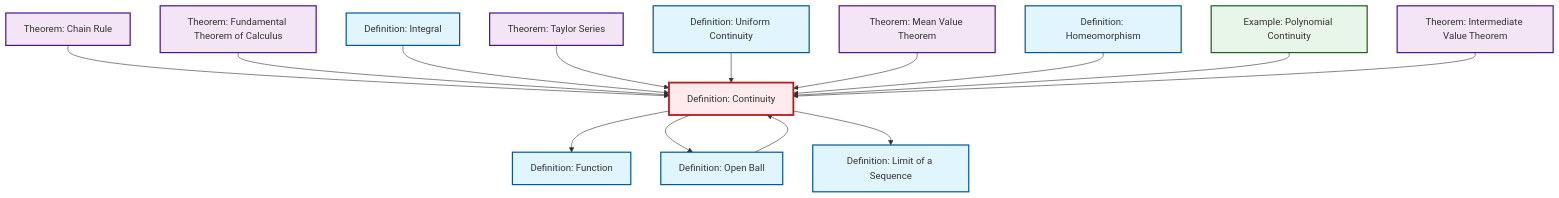
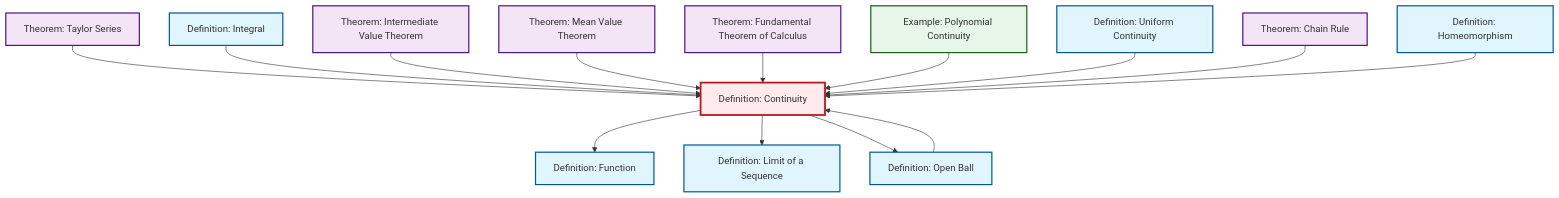
Before and after one commit to RK0429/ModernMath: the diagram in content/en/analysis/def-continuity.qmd, drawn with Mermaid. The commit also changed other lines of this file and 328 other files, not shown here.

````diff
--- a/content/en/analysis/def-continuity.qmd
+++ b/content/en/analysis/def-continuity.qmd
@@ -61,48 +61,48 @@
 ```{mermaid}
 %%| fig-cap: "Local dependency graph"
 graph TD
     classDef definition fill:#e1f5fe,stroke:#01579b,stroke-width:2px
     classDef theorem fill:#f3e5f5,stroke:#4a148c,stroke-width:2px
     classDef axiom fill:#fff3e0,stroke:#e65100,stroke-width:2px
     classDef example fill:#e8f5e9,stroke:#1b5e20,stroke-width:2px
     classDef current fill:#ffebee,stroke:#b71c1c,stroke-width:3px
+    thm-chain-rule["Theorem: Chain Rule"]:::theorem
+    def-open-ball["Definition: Open Ball"]:::definition
+    thm-mean-value["Theorem: Mean Value Theorem"]:::theorem
+    thm-intermediate-value["Theorem: Intermediate Value Theorem"]:::theorem
+    def-homeomorphism["Definition: Homeomorphism"]:::definition
+    def-limit["Definition: Limit of a Sequence"]:::definition
+    def-function["Definition: Function"]:::definition
+    thm-fundamental-calculus["Theorem: Fundamental Theorem of Calculus"]:::theorem
+    def-integral["Definition: Integral"]:::definition
     def-uniform-continuity["Definition: Uniform Continuity"]:::definition
-    def-limit["Definition: Limit of a Sequence"]:::definition
+    thm-taylor-series["Theorem: Taylor Series"]:::theorem
+    def-continuity["Definition: Continuity"]:::definition
     ex-polynomial-continuity["Example: Polynomial Continuity"]:::example
-    thm-mean-value["Theorem: Mean Value Theorem"]:::theorem
-    def-homeomorphism["Definition: Homeomorphism"]:::definition
-    thm-fundamental-calculus["Theorem: Fundamental Theorem of Calculus"]:::theorem
-    def-open-ball["Definition: Open Ball"]:::definition
-    def-function["Definition: Function"]:::definition
-    thm-chain-rule["Theorem: Chain Rule"]:::theorem
-    thm-taylor-series["Theorem: Taylor Series"]:::theorem
-    thm-intermediate-value["Theorem: Intermediate Value Theorem"]:::theorem
-    def-continuity["Definition: Continuity"]:::definition
-    def-integral["Definition: Integral"]:::definition
+    thm-taylor-series --> def-continuity
+    def-integral --> def-continuity
     def-continuity --> def-function
-    thm-chain-rule --> def-continuity
+    thm-intermediate-value --> def-continuity
+    thm-mean-value --> def-continuity
+    def-open-ball --> def-continuity
+    def-continuity --> def-limit
     def-continuity --> def-open-ball
     thm-fundamental-calculus --> def-continuity
-    def-integral --> def-continuity
-    def-open-ball --> def-continuity
-    thm-taylor-series --> def-continuity
+    ex-polynomial-continuity --> def-continuity
     def-uniform-continuity --> def-continuity
-    def-continuity --> def-limit
-    thm-mean-value --> def-continuity
+    thm-chain-rule --> def-continuity
     def-homeomorphism --> def-continuity
-    ex-polynomial-continuity --> def-continuity
-    thm-intermediate-value --> def-continuity
     class def-continuity current
+    click thm-chain-rule "thm-chain-rule.html" "Go to Chain Rule theorem"
+    click def-open-ball "def-open-ball.html" "Go to Open Ball definition"
+    click thm-mean-value "thm-mean-value.html" "Go to Mean Value Theorem theorem"
+    click thm-intermediate-value "thm-intermediate-value.html" "Go to Intermediate Value Theorem theorem"
+    click def-homeomorphism "def-homeomorphism.html" "Go to Homeomorphism definition"
+    click def-limit "def-limit.html" "Go to Limit of a Sequence definition"
+    click def-function "def-function.html" "Go to Function definition"
+    click thm-fundamental-calculus "thm-fundamental-calculus.html" "Go to Fundamental Theorem of Calculus theorem"
+    click def-integral "def-integral.html" "Go to Integral definition"
     click def-uniform-continuity "def-uniform-continuity.html" "Go to Uniform Continuity definition"
-    click def-limit "def-limit.html" "Go to Limit of a Sequence definition"
+    click thm-taylor-series "thm-taylor-series.html" "Go to Taylor Series theorem"
     click ex-polynomial-continuity "ex-polynomial-continuity.html" "Go to Polynomial Continuity example"
-    click thm-mean-value "thm-mean-value.html" "Go to Mean Value Theorem theorem"
-    click def-homeomorphism "def-homeomorphism.html" "Go to Homeomorphism definition"
-    click thm-fundamental-calculus "thm-fundamental-calculus.html" "Go to Fundamental Theorem of Calculus theorem"
-    click def-open-ball "def-open-ball.html" "Go to Open Ball definition"
-    click def-function "def-function.html" "Go to Function definition"
-    click thm-chain-rule "thm-chain-rule.html" "Go to Chain Rule theorem"
-    click thm-taylor-series "thm-taylor-series.html" "Go to Taylor Series theorem"
-    click thm-intermediate-value "thm-intermediate-value.html" "Go to Intermediate Value Theorem theorem"
-    click def-integral "def-integral.html" "Go to Integral definition"
 ```
````
